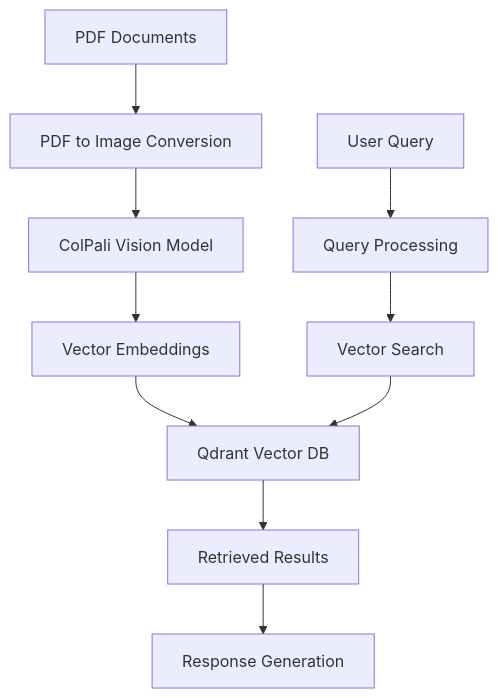
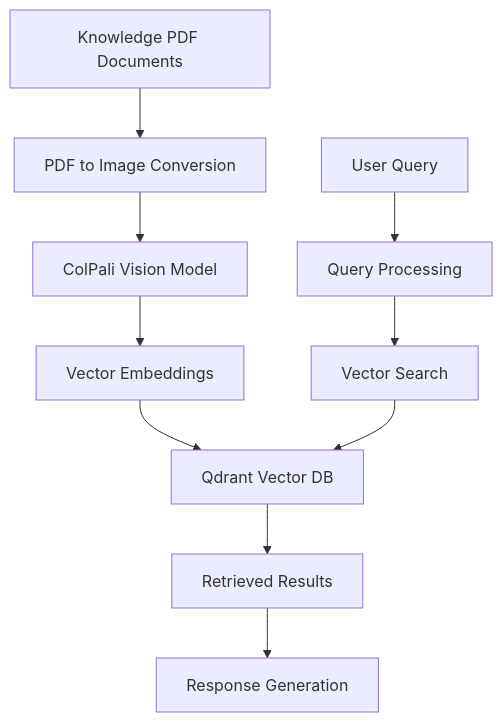
Before and after one commit to sancelot/open-webui-multimodal-pipeline: the diagram in README.md, drawn with Mermaid.

````diff
--- a/README.md
+++ b/README.md
@@ -17,12 +17,12 @@
 ```mermaid
 graph TB
-    A[PDF Documents] --> B[PDF to Image Conversion]
+    A[Knowledge PDF Documents] --> B[PDF to Image Conversion]
     B --> C[ColPali Vision Model]
     C --> D[Vector Embeddings]
     D --> E[Qdrant Vector DB]
     F[User Query] --> G[Query Processing]
     G --> H[Vector Search]
     H --> E
     E --> I[Retrieved Results]
     I --> J[Response Generation]
 ```
````
